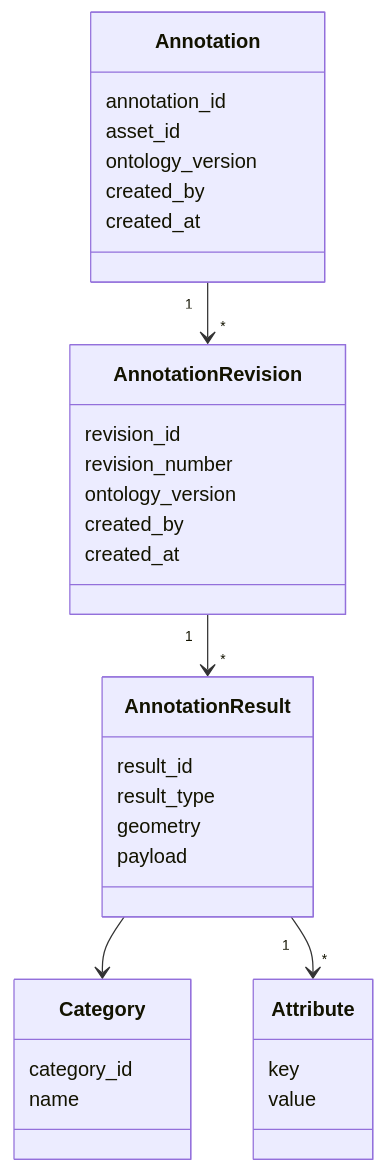
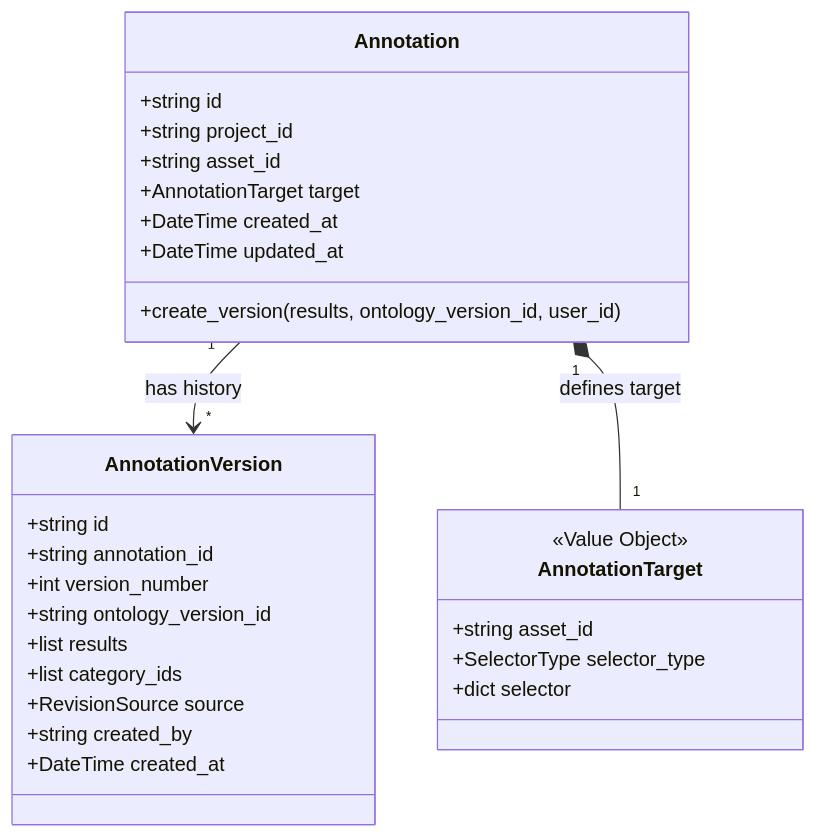
The third of 5 diagrams in docs/Annotation Domain 3a898e2c5a1d80a3a935ce6375f3566f.md (DUT-AI/dut-ai-data-platform), drawn with Mermaid before and after one commit. The commit also changed other lines of this file and 93 other files, not shown here.

````diff
--- a/docs/Annotation Domain 3a898e2c5a1d80a3a935ce6375f3566f.md
+++ b/docs/Annotation Domain 3a898e2c5a1d80a3a935ce6375f3566f.md
@@ -179,41 +147,34 @@
 ```mermaid
 classDiagram
+    class Annotation {
+        +string id
+        +string project_id
+        +string asset_id
+        +AnnotationTarget target
+        +DateTime created_at
+        +DateTime updated_at
+        +create_version(results, ontology_version_id, user_id)
+    }
 
-class Annotation{
-annotation_id
-asset_id
-ontology_version
-created_by
-created_at
-}
+    class AnnotationTarget {
+        <<Value Object>>
+        +string asset_id
+        +SelectorType selector_type
+        +dict selector
+    }
 
-class AnnotationRevision{
-revision_id
-revision_number
-ontology_version
-created_by
-created_at
-}
+    class AnnotationVersion {
+        +string id
+        +string annotation_id
+        +int version_number
+        +string ontology_version_id
+        +list results
+        +list category_ids
+        +RevisionSource source
+        +string created_by
+        +DateTime created_at
+    }
 
-class AnnotationResult{
-result_id
-result_type
-geometry
-payload
-}
-
-class Category{
-category_id
-name
-}
-
-class Attribute{
-key
-value
-}
-
-Annotation "1" --> "*" AnnotationRevision
-AnnotationRevision "1" --> "*" AnnotationResult
-AnnotationResult --> Category
-AnnotationResult "1" --> "*" Attribute
+    Annotation "1" --> "*" AnnotationVersion : has history
+    Annotation "1" *-- "1" AnnotationTarget : defines target
 ```
````
